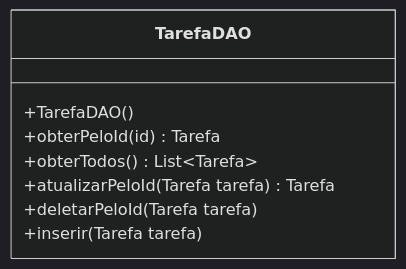
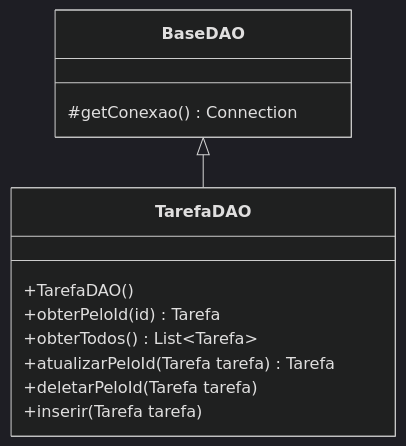
One commit to leandersonandre/java-jdbc changed the second of 2 diagrams in README.md. Above: the diagram before and after it, drawn with Mermaid (dark theme).

````diff
--- a/README.md
+++ b/README.md
@@ -70,11 +70,15 @@
 ```mermaid
 classDiagram
+class BaseDAO{
+    #getConexao() Connection
+}
 class TarefaDAO{
     +TarefaDAO()
     +obterPeloId(id) Tarefa
     +obterTodos() List~Tarefa~
     +atualizarPeloId(Tarefa tarefa) Tarefa
     +deletarPeloId(Tarefa tarefa)
     +inserir(Tarefa tarefa)
 }
+BaseDAO <|-- TarefaDAO
 ```
````
